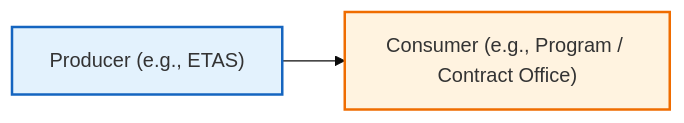
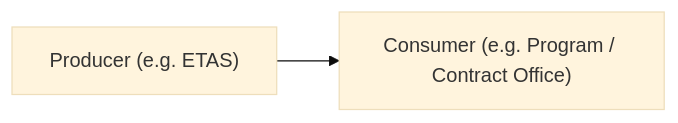
Before and after one commit to TomRathbun/ciss_se_capstone: the diagram in content/modules/se-06-interfaces.md, drawn with Mermaid (base theme). The commit also changed other lines of this file and 22 other files, not shown here.

````diff
--- a/content/modules/se-06-interfaces.md
+++ b/content/modules/se-06-interfaces.md
@@ -35,6 +34,4 @@
 ```mermaid
 graph LR
-    Prod["Producer (e.g., ETAS)"] --> Cons["Consumer (e.g., Program / Contract Office)"]
-    style Prod fill:#e3f2fd,stroke:#1565c0,stroke-width:2px
-    style Cons fill:#fff3e0,stroke:#ef6c00,stroke-width:2px
+    Prod["Producer (e.g. ETAS)"] --> Cons["Consumer (e.g. Program / Contract Office)"]
 ```
````
